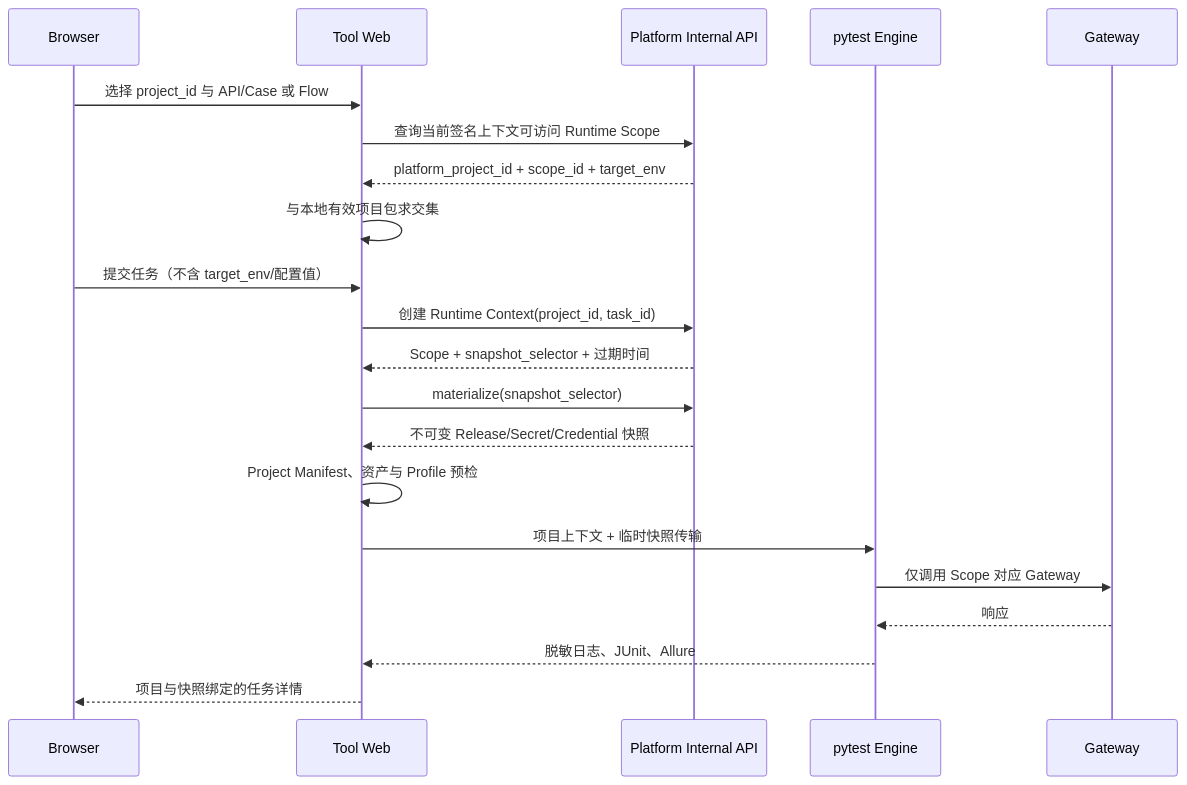
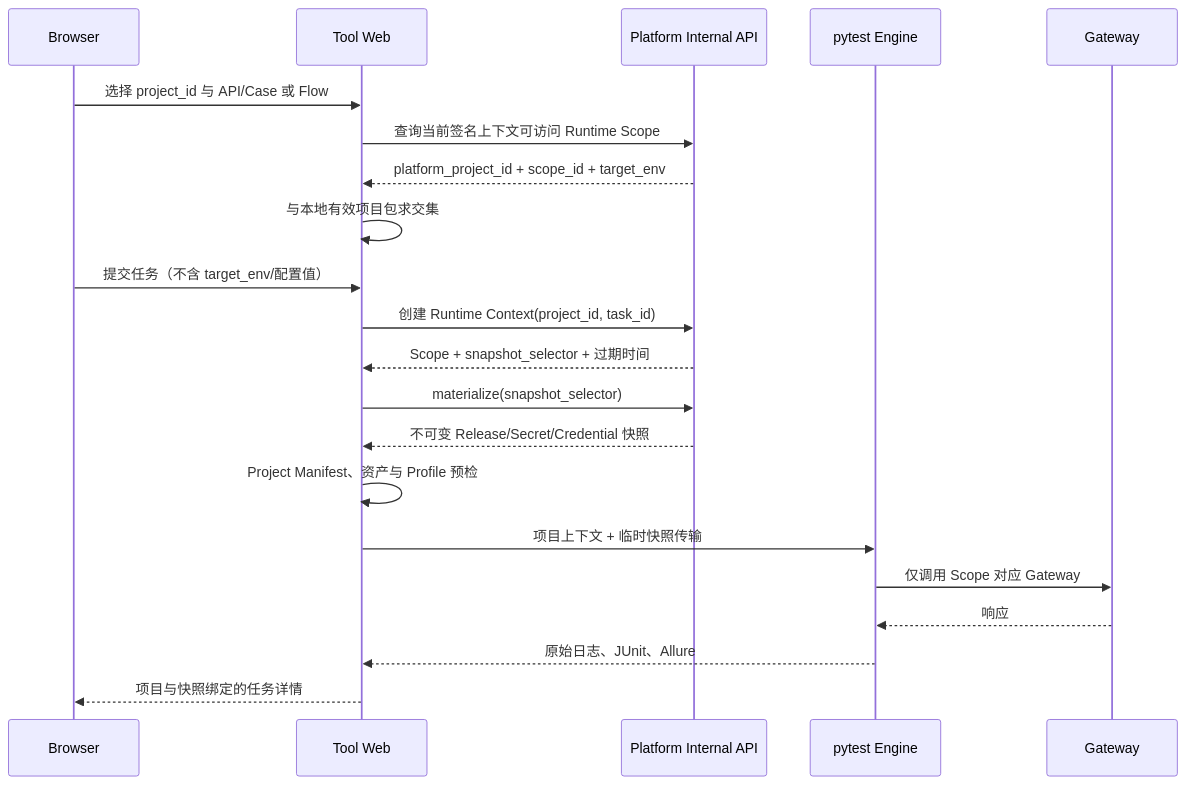
One commit to Lnyy-CZJ/Testproject changed the second of 2 diagrams in Truthy_ApiAutoTest2/docs/Gateway通用接口自动化多项目支持与Dating接入-详细开发设计与实施计划.md. Above: the diagram before and after it, drawn with Mermaid. The commit also changed other lines of this file and 163 other files, not shown here.

````diff
--- a/Truthy_ApiAutoTest2/docs/Gateway通用接口自动化多项目支持与Dating接入-详细开发设计与实施计划.md
+++ b/Truthy_ApiAutoTest2/docs/Gateway通用接口自动化多项目支持与Dating接入-详细开发设计与实施计划.md
@@ -175,24 +175,24 @@
 ```mermaid
 sequenceDiagram
     participant B as Browser
     participant W as Tool Web
     participant P as Platform Internal API
     participant E as pytest Engine
     participant G as Gateway
 
     B->>W: 选择 project_id 与 API/Case 或 Flow
     W->>P: 查询当前签名上下文可访问 Runtime Scope
     P-->>W: platform_project_id + scope_id + target_env
     W->>W: 与本地有效项目包求交集
     B->>W: 提交任务（不含 target_env/配置值）
     W->>P: 创建 Runtime Context(project_id, task_id)
     P-->>W: Scope + snapshot_selector + 过期时间
     W->>P: materialize(snapshot_selector)
     P-->>W: 不可变 Release/Secret/Credential 快照
     W->>W: Project Manifest、资产与 Profile 预检
     W->>E: 项目上下文 + 临时快照传输
     E->>G: 仅调用 Scope 对应 Gateway
     G-->>E: 响应
-    E-->>W: 脱敏日志、JUnit、Allure
+    E-->>W: 原始日志、JUnit、Allure
     W-->>B: 项目与快照绑定的任务详情
 ```
````
